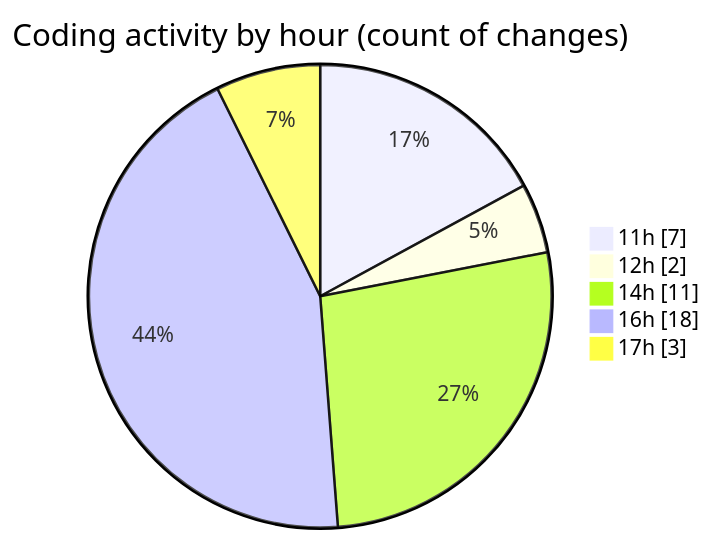
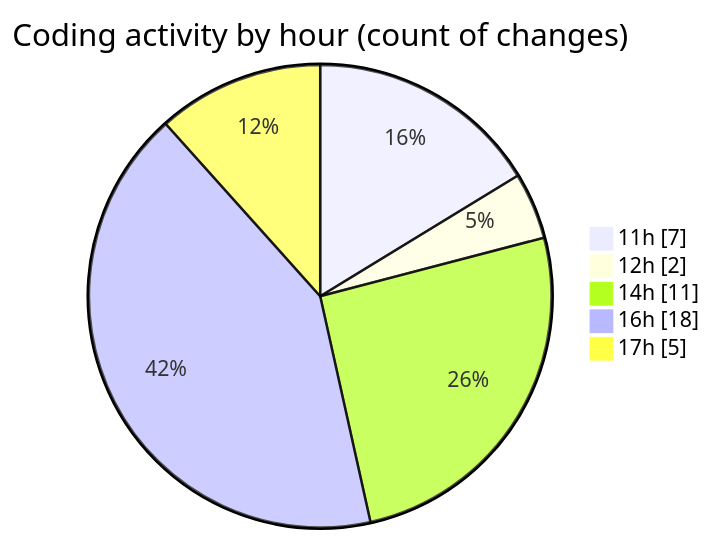
Before and after one commit to debugP/code-tracking: the second of 2 diagrams in 2025-09-26/untitled__workspace_/README.md, drawn with Mermaid. The commit also changed other lines of this file and 1 other file, not shown here.

````diff
--- a/2025-09-26/untitled__workspace_/README.md
+++ b/2025-09-26/untitled__workspace_/README.md
@@ -34,9 +34,9 @@
 ```mermaid
 pie showData
 title Coding activity by hour (count of changes)
 "11h" : 7
 "12h" : 2
 "14h" : 11
 "16h" : 18
-"17h" : 3
+"17h" : 5
 ```
````
